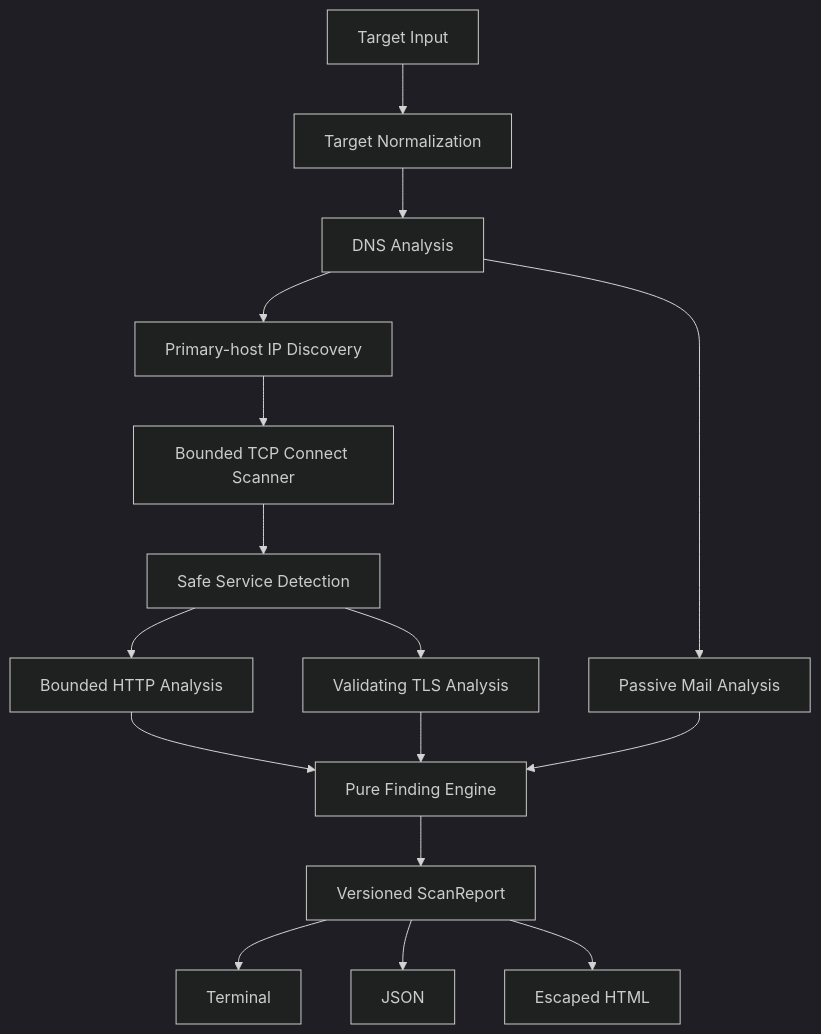
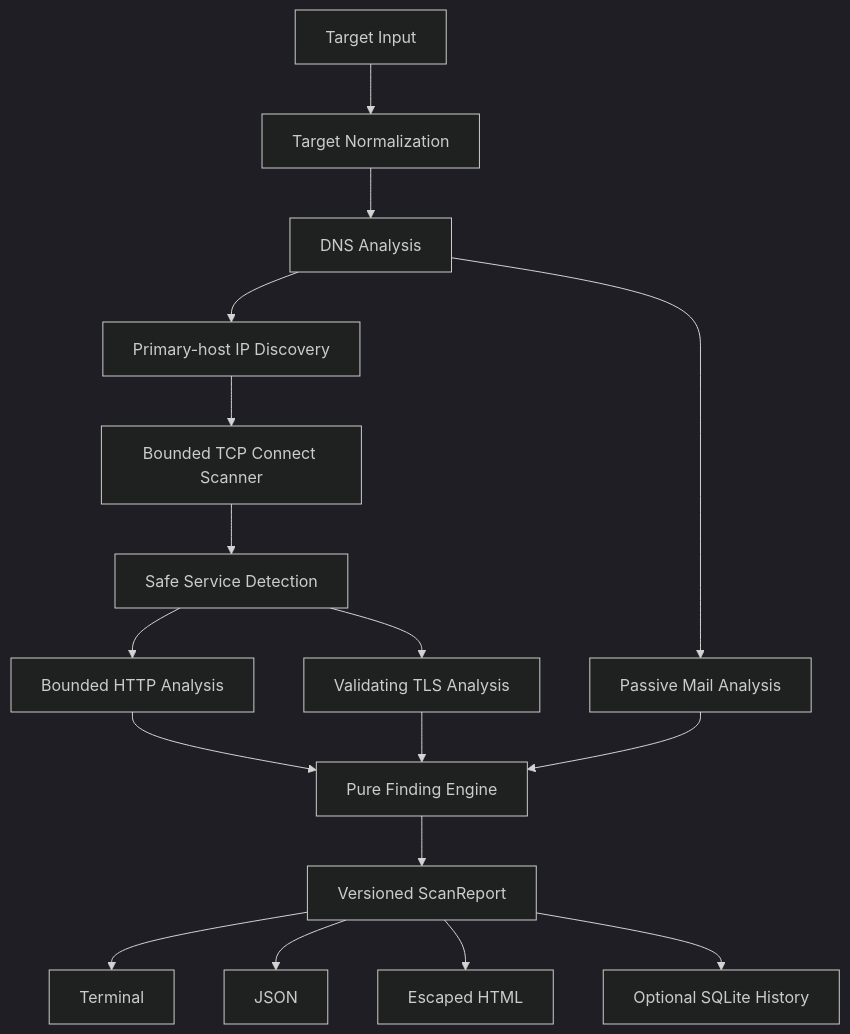
One commit to bxn-dev/surface changed the diagram in docs/architecture.md. Above: the diagram before and after it, drawn with Mermaid (dark theme). The commit also changed other lines of this file and 14 other files, not shown here.

````diff
--- a/docs/architecture.md
+++ b/docs/architecture.md
@@ -3,18 +3,19 @@
 ```mermaid
 flowchart TD
     A[Target Input] --> B[Target Normalization]
     B --> C[DNS Analysis]
     C --> D[Primary-host IP Discovery]
     D --> E[Bounded TCP Connect Scanner]
     E --> F[Safe Service Detection]
     F --> G[Bounded HTTP Analysis]
     F --> H[Validating TLS Analysis]
     C --> I[Passive Mail Analysis]
     G --> J[Pure Finding Engine]
     H --> J
     I --> J
     J --> K[Versioned ScanReport]
     K --> L[Terminal]
     K --> M[JSON]
     K --> N[Escaped HTML]
+    K --> O[Optional SQLite History]
 ```
````
